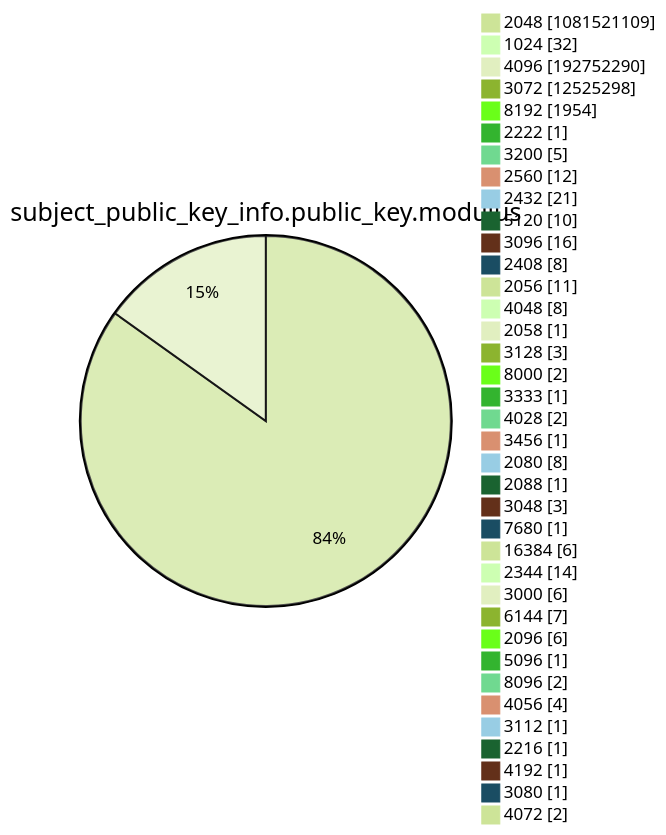
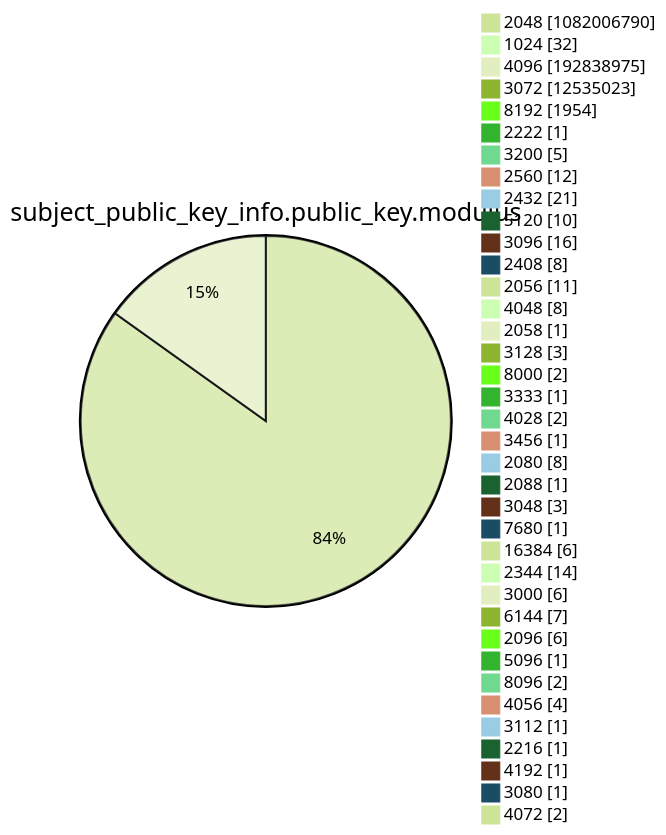
One commit to christiankrug/ctmonitor_visualization changed diagram 13 of 15 in argon2022/README.md. Above: the diagram before and after it, drawn with Mermaid (forest theme). The commit also changed other lines of this file, not shown here.

````diff
--- a/argon2022/README.md
+++ b/argon2022/README.md
@@ -3589,41 +3589,41 @@
 ```mermaid
 pie showData
 title subject_public_key_info.public_key.modulus
-"2048" :1081521109
+"2048" :1082006790
 "1024" :32
-"4096" :192752290
-"3072" :12525298
+"4096" :192838975
+"3072" :12535023
 "8192" :1954
 "2222" :1
 "3200" :5
 "2560" :12
 "2432" :21
 "5120" :10
 "3096" :16
 "2408" :8
 "2056" :11
 "4048" :8
 "2058" :1
 "3128" :3
 "8000" :2
 "3333" :1
 "4028" :2
 "3456" :1
 "2080" :8
 "2088" :1
 "3048" :3
 "7680" :1
 "16384" :6
 "2344" :14
 "3000" :6
 "6144" :7
 "2096" :6
 "5096" :1
 "8096" :2
 "4056" :4
 "3112" :1
 "2216" :1
 "4192" :1
 "3080" :1
 "4072" :2
 ```
````
